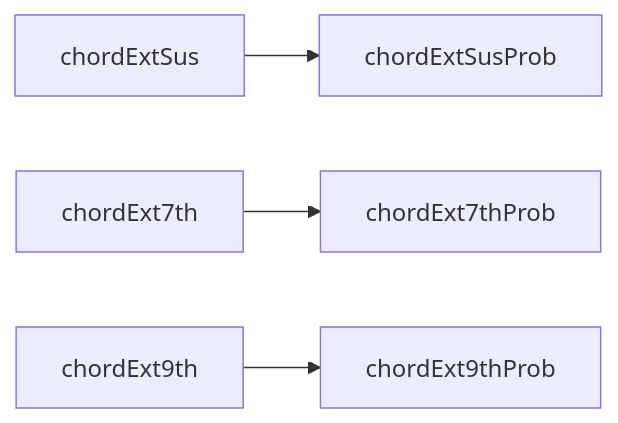
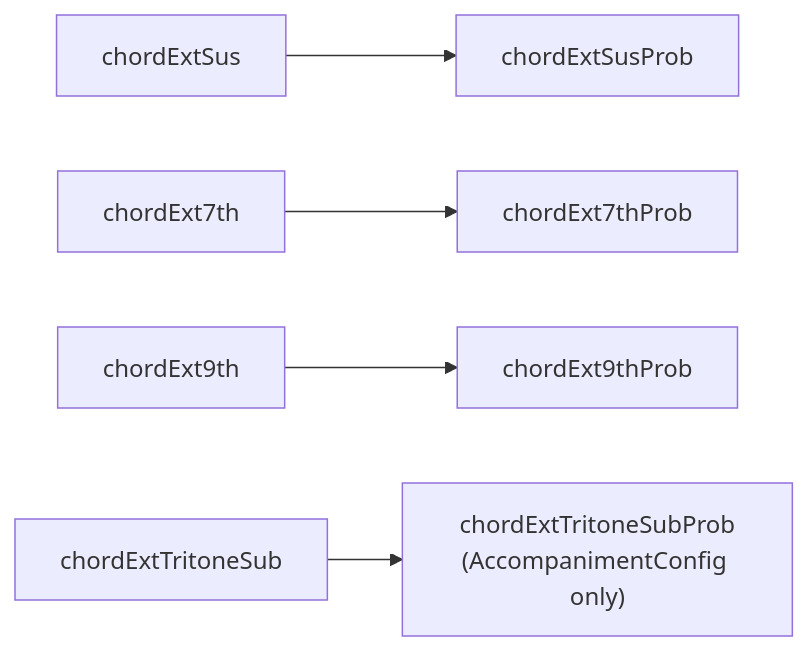
The fourth of 13 diagrams in src/docs/option-relationships.md (libraz/midi-sketch-homepage), drawn with Mermaid before and after one commit. The commit also changed other lines of this file and 24 other files, not shown here.

````diff
--- a/src/docs/option-relationships.md
+++ b/src/docs/option-relationships.md
@@ -73,6 +73,7 @@
 ```mermaid
 graph LR
     chordExtSus --> chordExtSusProb
     chordExt7th --> chordExt7thProb
     chordExt9th --> chordExt9thProb
+    chordExtTritoneSub --> chordExtTritoneSubProb["chordExtTritoneSubProb<br/>(AccompanimentConfig only)"]
 ```
````
